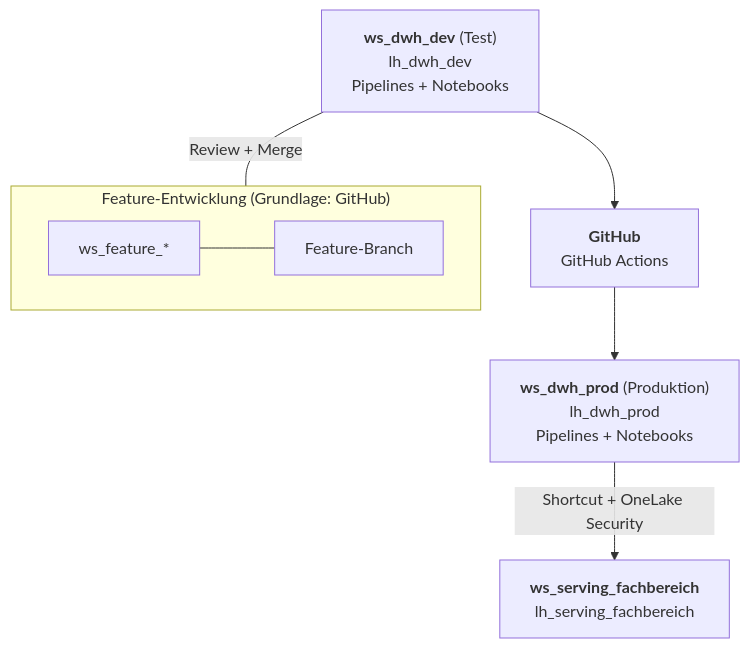
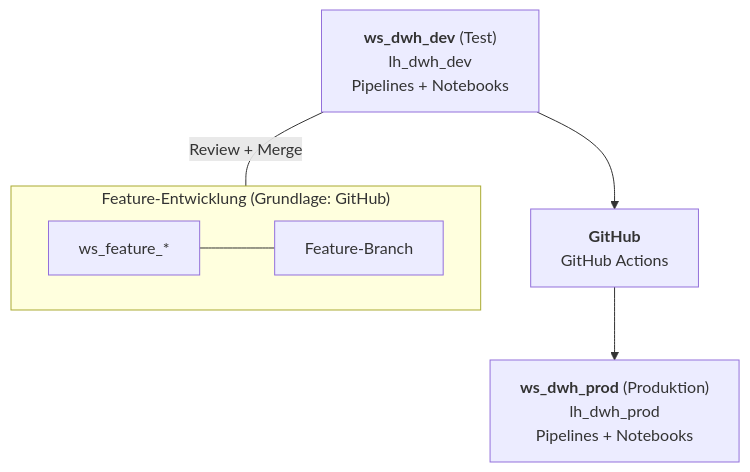
Before and after one commit to faudihno99/kro_testing: the second of 2 diagrams in docs/architecture/overview.md, drawn with Mermaid. The commit also changed other lines of this file and 12 other files, not shown here.

````diff
--- a/docs/architecture/overview.md
+++ b/docs/architecture/overview.md
@@ -64,19 +56,17 @@
 ```mermaid
 flowchart TB
   DEV["<b>ws_dwh_dev</b> (Test)<br/>lh_dwh_dev<br/>Pipelines + Notebooks"]
 
   subgraph FEAT["Feature-Entwicklung (Grundlage: GitHub)"]
     FW["ws_feature_*"]
     FB["Feature-Branch"]
   end
 
   GHA["<b>GitHub</b><br/>GitHub Actions"]
   PROD["<b>ws_dwh_prod</b> (Produktion)<br/>lh_dwh_prod<br/>Pipelines + Notebooks"]
-  SERV["<b>ws_serving_fachbereich</b><br/>lh_serving_fachbereich"]
 
   DEV ---|"Review + Merge"| FEAT
   FW --- FB
   DEV --> GHA
   GHA --> PROD
-  PROD -- "Shortcut + OneLake Security" --> SERV
 ```
````
